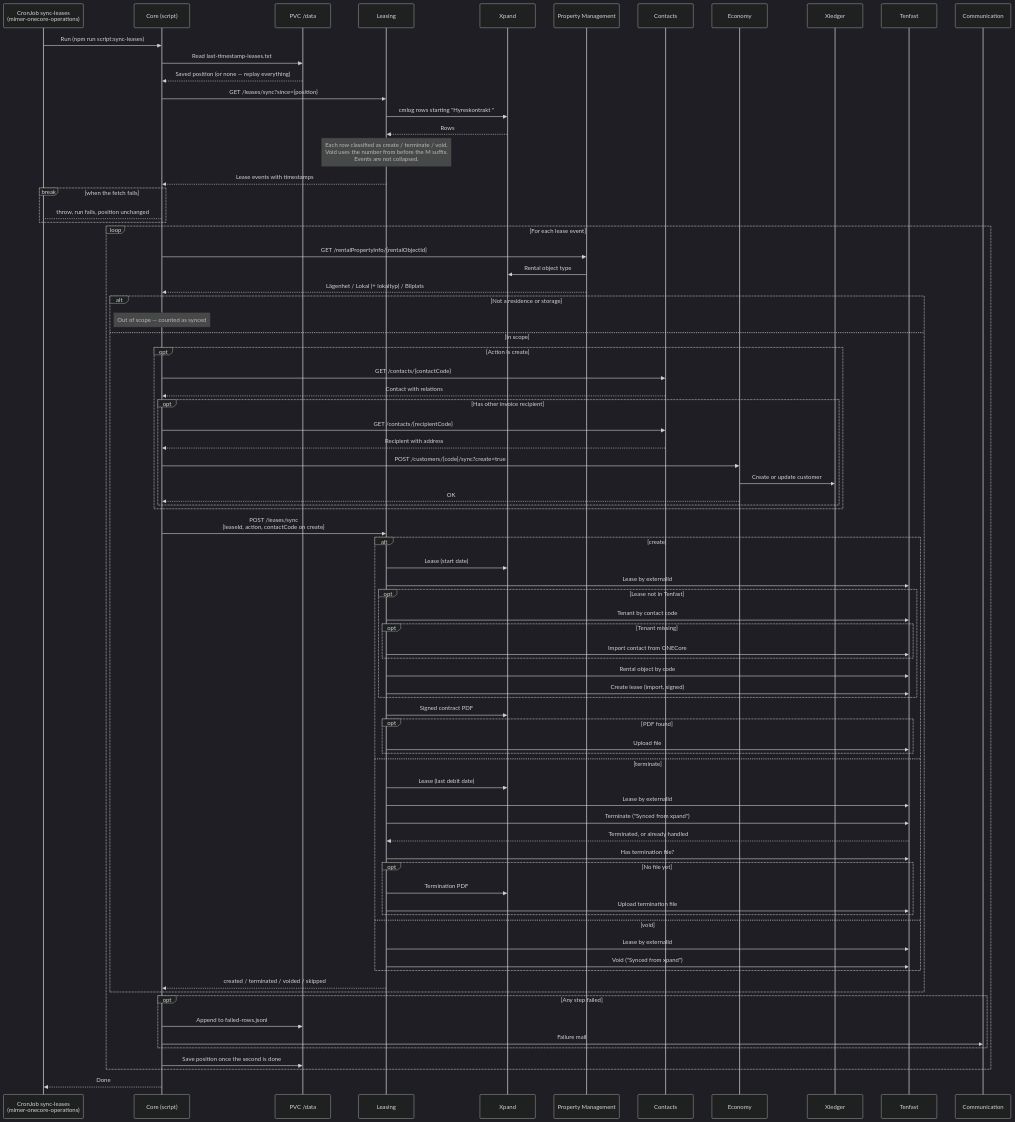
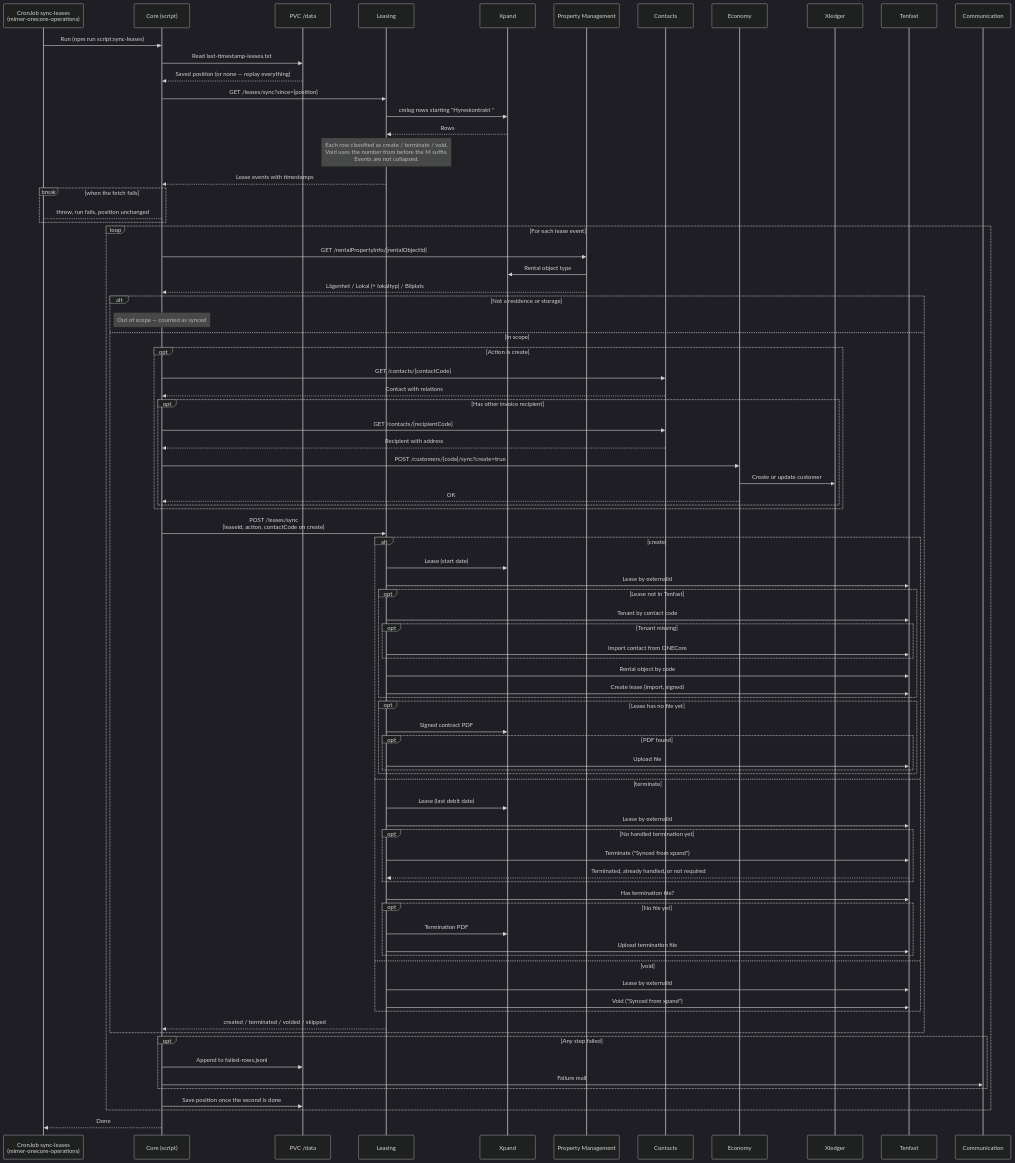
The second of 2 diagrams in core/src/scripts/sync-leases/DOCS_Sync_Leases.md (Bostads-AB-Mimer/onecore), drawn with Mermaid (dark theme) before and after one commit. The commit also changed other lines of this file and 4 other files, not shown here.

```diff
--- a/core/src/scripts/sync-leases/DOCS_Sync_Leases.md
+++ b/core/src/scripts/sync-leases/DOCS_Sync_Leases.md
@@ -190,15 +197,19 @@
                     Leasing ->> Tenfast: Rental object by code
                     Leasing ->> Tenfast: Create lease (import, signed)
                 end
-                Leasing ->> Xpand: Signed contract PDF
-                opt PDF found
-                    Leasing ->> Tenfast: Upload file
+                opt Lease has no file yet
+                    Leasing ->> Xpand: Signed contract PDF
+                    opt PDF found
+                        Leasing ->> Tenfast: Upload file
+                    end
                 end
             else terminate
                 Leasing ->> Xpand: Lease (last debit date)
                 Leasing ->> Tenfast: Lease by externalId
-                Leasing ->> Tenfast: Terminate ("Synced from xpand")
-                Tenfast -->> Leasing: Terminated, or already handled
+                opt No handled termination yet
+                    Leasing ->> Tenfast: Terminate ("Synced from xpand")
+                    Tenfast -->> Leasing: Terminated, already handled, or not required
+                end
                 Leasing ->> Tenfast: Has termination file?
                 opt No file yet
                     Leasing ->> Xpand: Termination PDF
```
